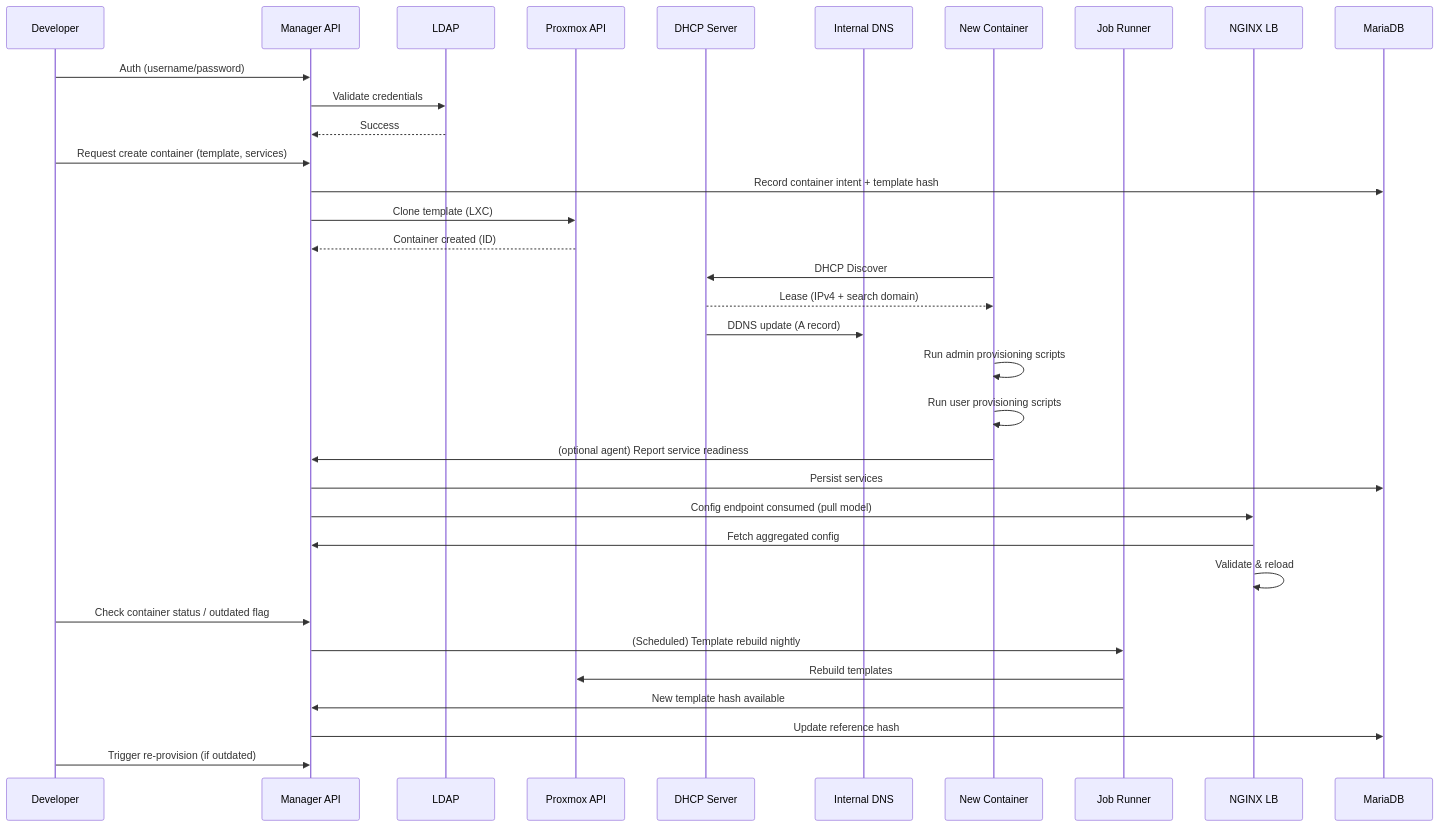
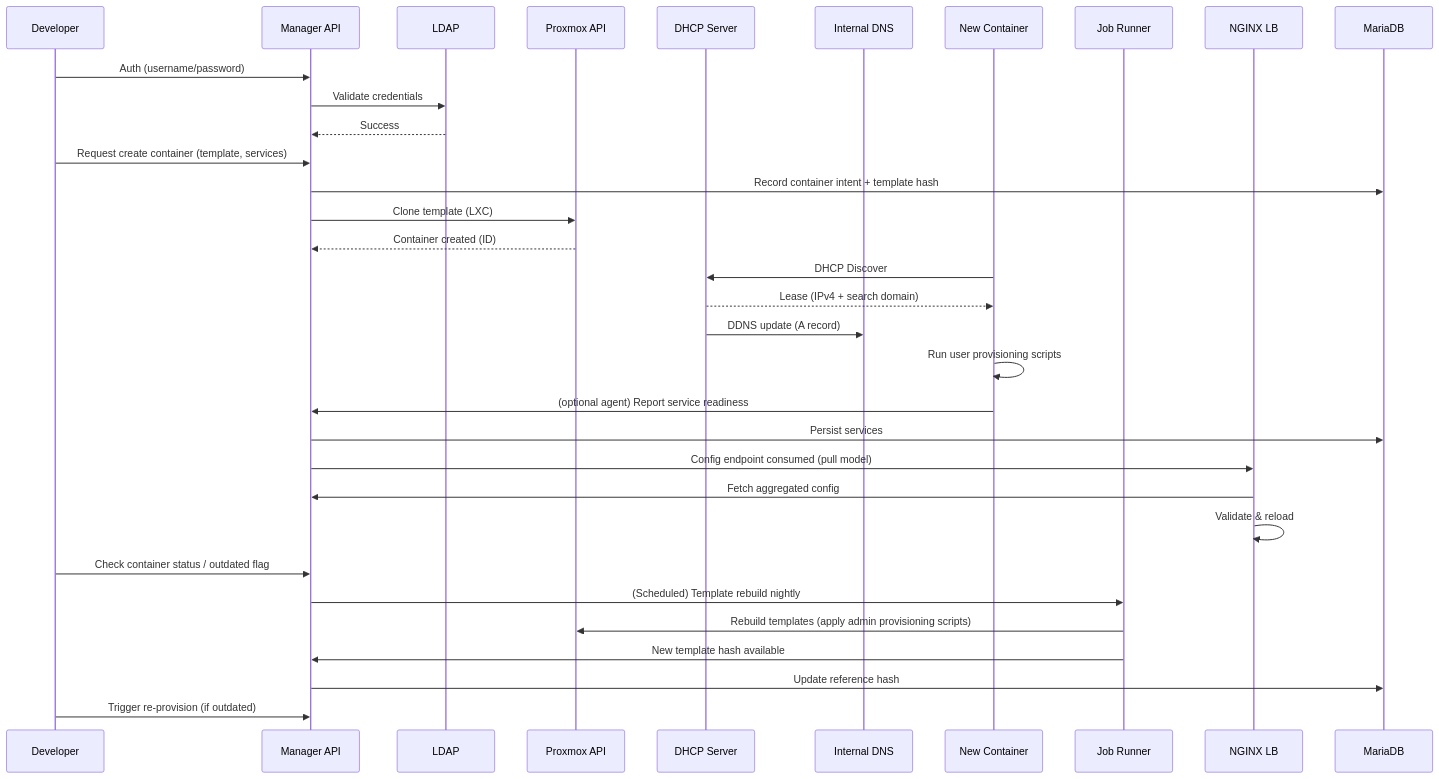
Before and after one commit to mieweb/opensource-server: the second of 4 diagrams in ARCHITECTURE.md, drawn with Mermaid. The commit also changed other lines of this file, not shown here.

Commit message:
fix admin vs user provisioning script sequence

````diff
--- a/ARCHITECTURE.md
+++ b/ARCHITECTURE.md
@@ -75,37 +75,36 @@
 ```mermaid
 sequenceDiagram
 	participant Dev as Developer
 	participant MGR as Manager API
 	participant LDAP as LDAP
 	participant PROX as Proxmox API
 	participant DHCP as DHCP Server
 	participant DNS as Internal DNS
 	participant CT as New Container
 	participant JOB as Job Runner
 	participant NGINX as NGINX LB
 	participant DB as MariaDB
 
 	Dev->>MGR: Auth (username/password)
 	MGR->>LDAP: Validate credentials
 	LDAP-->>MGR: Success
 	Dev->>MGR: Request create container (template, services)
 	MGR->>DB: Record container intent + template hash
 	MGR->>PROX: Clone template (LXC)
 	PROX-->>MGR: Container created (ID)
 	CT->>DHCP: DHCP Discover
 	DHCP-->>CT: Lease (IPv4 + search domain)
 	DHCP->>DNS: DDNS update (A record)
-	CT->>CT: Run admin provisioning scripts
 	CT->>CT: Run user provisioning scripts
 	CT->>MGR: (optional agent) Report service readiness
 	MGR->>DB: Persist services
 	MGR->>NGINX: Config endpoint consumed (pull model)
 	NGINX->>MGR: Fetch aggregated config
 	NGINX->>NGINX: Validate & reload
 	Dev->>MGR: Check container status / outdated flag
 	MGR->>JOB: (Scheduled) Template rebuild nightly
-	JOB->>PROX: Rebuild templates
+	JOB->>PROX: Rebuild templates (apply admin provisioning scripts)
 	JOB->>MGR: New template hash available
 	MGR->>DB: Update reference hash
 	Dev->>MGR: Trigger re-provision (if outdated)
 ```
````
